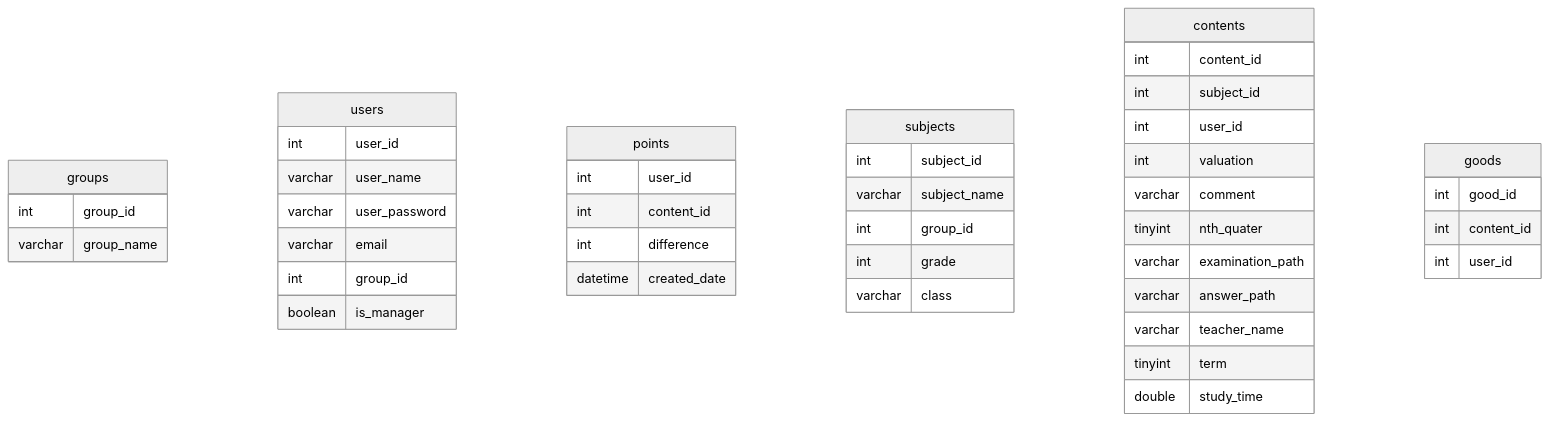
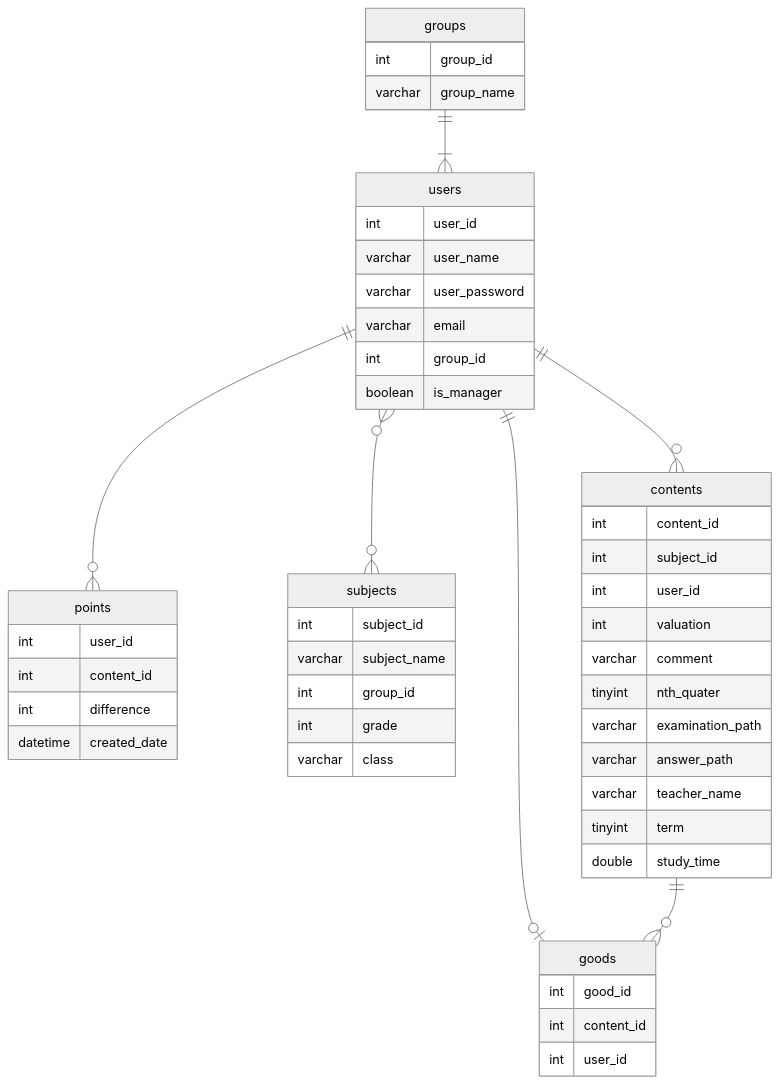
The diagram in docs/ER.md (kinoshita0923/manabiba_backend), drawn with Mermaid (neutral theme) before and after one commit.

Commit message:
📝 テーブル同士のつながりをER図に示した

````diff
--- a/docs/ER.md
+++ b/docs/ER.md
@@ -1,51 +1,58 @@
 ```mermaid
 erDiagram
     groups {
         int group_id
         varchar group_name
     }
 
     users {
         int user_id
         varchar user_name
         varchar user_password
         varchar email
         int group_id
         boolean is_manager
     }
 
     points {
         int user_id
         int content_id
         int difference
         datetime created_date
     }
 
     subjects {
         int subject_id
         varchar subject_name
         int group_id
         int grade
         varchar class
     }
 
     contents {
         int content_id
         int subject_id
         int user_id
         int valuation
         varchar comment
         tinyint nth_quater
         varchar examination_path
         varchar answer_path
         varchar teacher_name
         tinyint term
         double study_time
     }
 
     goods {
         int good_id
         int content_id
         int user_id
     }
+
+    groups||--|{users: ""
+    users||--o{points: ""
+    users}o--o{subjects: ""
+    users||--o{contents: ""
+    users||--o|goods: ""
+    contents||--o{goods: ""
 ```
````
